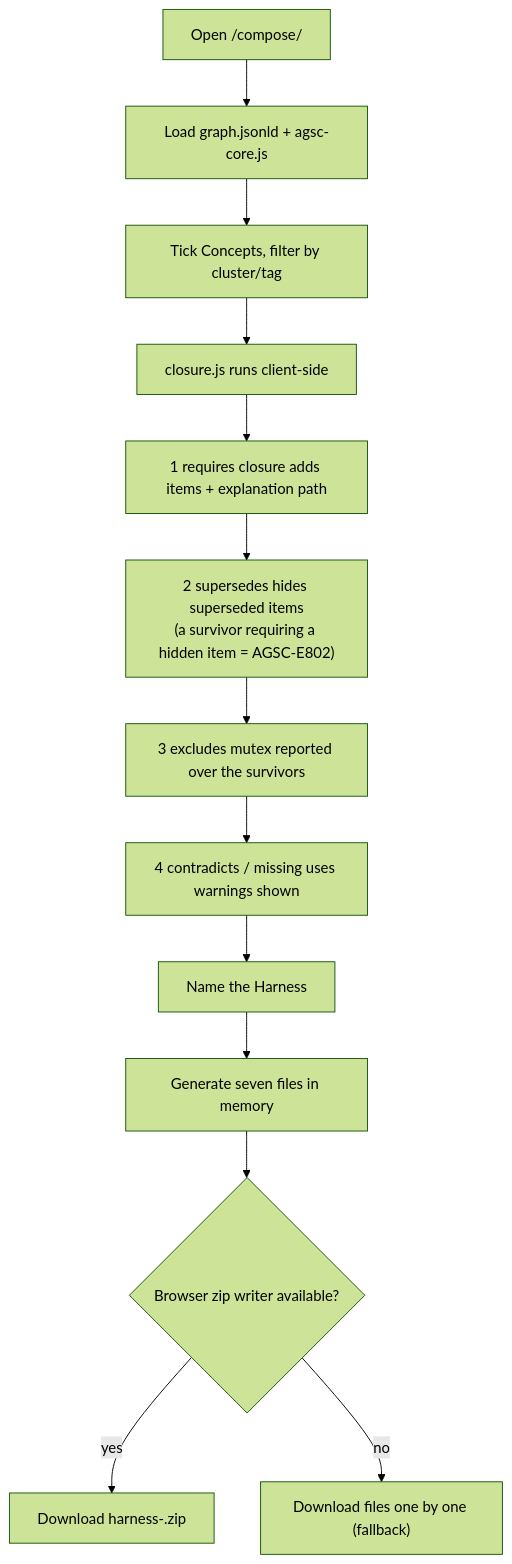
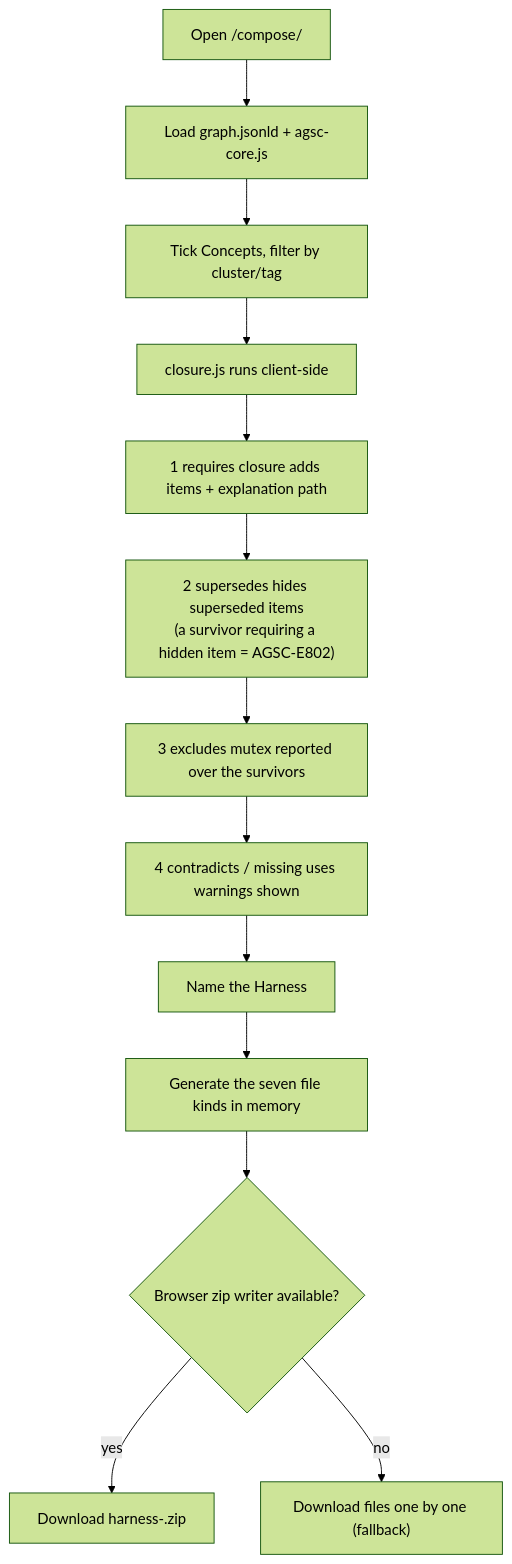
The third of 5 diagrams in docs/diagrams/user-flows.md (andreibesleaga/agentic-system-core), drawn with Mermaid (forest theme) before and after one commit. The commit also changed 135 other files, not shown here.

````diff
--- a/docs/diagrams/user-flows.md
+++ b/docs/diagrams/user-flows.md
@@ -41,15 +41,15 @@
 ```mermaid
 flowchart TD
   A["Open /compose/"] --> B["Load graph.jsonld + agsc-core.js"]
   B --> C["Tick Concepts, filter by cluster/tag"]
   C --> D["closure.js runs client-side"]
   D --> E["1 requires closure adds items + explanation path"]
   E --> F["2 supersedes hides superseded items\n(a survivor requiring a hidden item = AGSC-E802)"]
   F --> G["3 excludes mutex reported over the survivors"]
   G --> H["4 contradicts / missing uses warnings shown"]
   H --> I["Name the Harness"]
-  I --> J["Generate seven files in memory"]
+  I --> J["Generate the seven file kinds in memory"]
   J --> K{"Browser zip writer available?"}
   K -- yes --> L["Download harness-<name>.zip"]
   K -- no --> M["Download files one by one (fallback)"]
 ```
````
